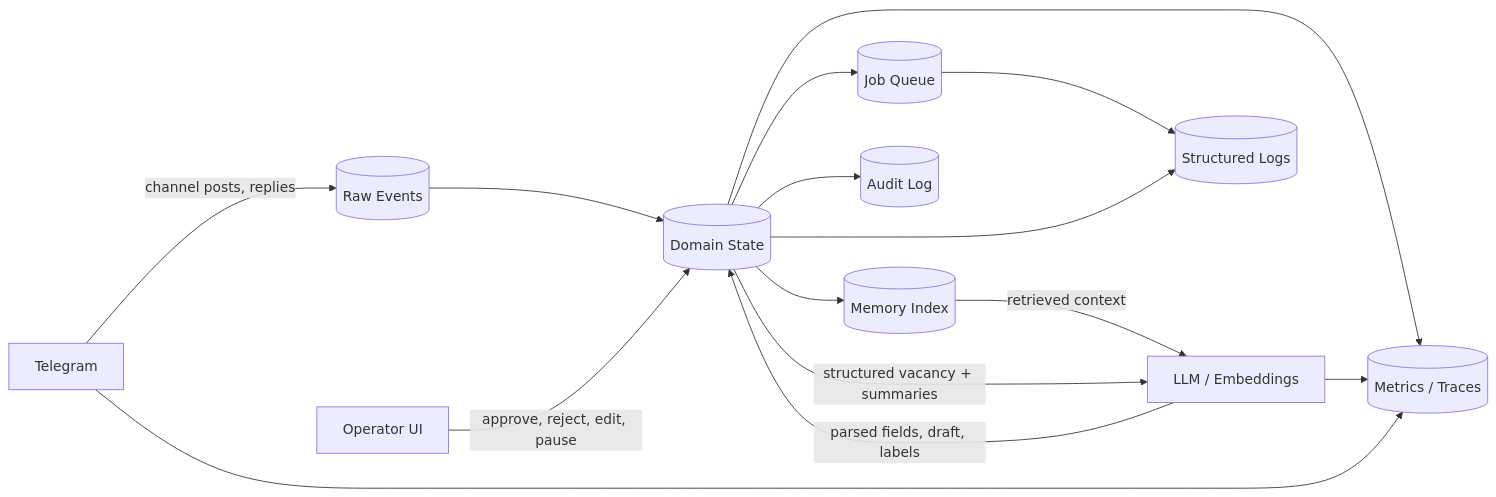
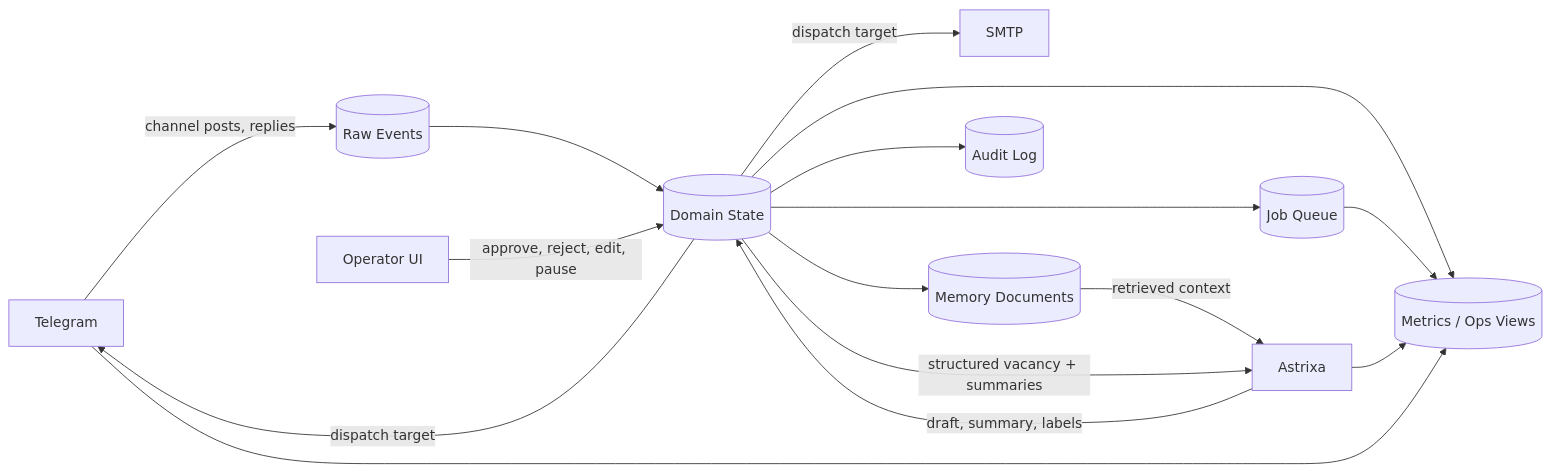
Before and after one commit to PeMikj/tg_outreach: the diagram in docs/diagrams/data-flow.md, drawn with Mermaid. The commit also changed 18 other files, not shown here.

Commit message:
Upgrade PoC runtime to Postgres-first architecture

````diff
--- a/docs/diagrams/data-flow.md
+++ b/docs/diagrams/data-flow.md
@@ -3,29 +3,30 @@
 ```mermaid
 flowchart LR
     tg[Telegram]
-    llm[LLM / Embeddings]
+    smtp[SMTP]
+    astrixa[Astrixa]
     ui[Operator UI]
 
     raw[(Raw Events)]
     domain[(Domain State)]
-    memory[(Memory Index)]
+    memory[(Memory Documents)]
     queue[(Job Queue)]
     audit[(Audit Log)]
-    logs[(Structured Logs)]
-    metrics[(Metrics / Traces)]
+    metrics[(Metrics / Ops Views)]
 
     tg -->|channel posts, replies| raw
     raw --> domain
     domain --> queue
-    memory -->|retrieved context| llm
-    domain -->|structured vacancy + summaries| llm
-    llm -->|parsed fields, draft, labels| domain
+    memory -->|retrieved context| astrixa
+    domain -->|structured vacancy + summaries| astrixa
+    astrixa -->|draft, summary, labels| domain
     domain --> memory
     ui -->|approve, reject, edit, pause| domain
+    domain -->|dispatch target| tg
+    domain -->|dispatch target| smtp
     domain --> audit
-    queue --> logs
-    domain --> logs
     domain --> metrics
-    llm --> metrics
+    queue --> metrics
+    astrixa --> metrics
     tg --> metrics
 ```
````
